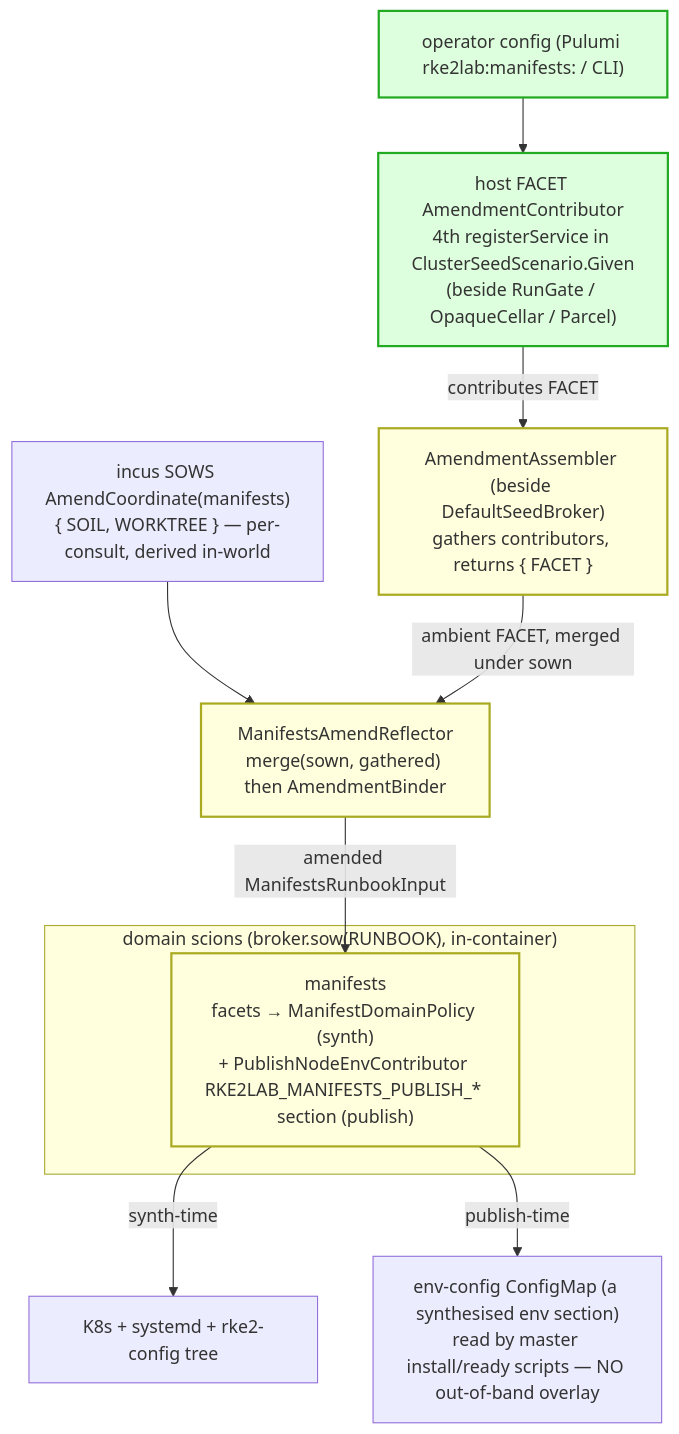
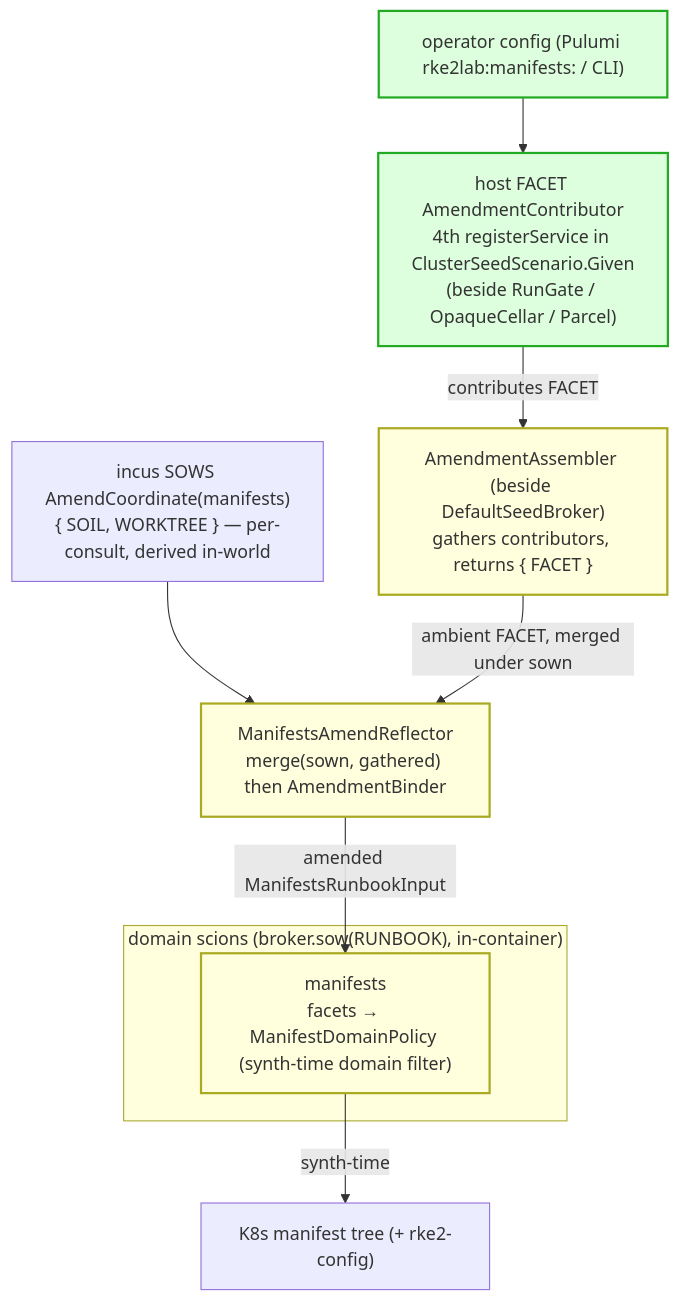
The fifth of 7 diagrams in docs/architecture/atlas/seed.adoc (nxmatic/rke2lab), drawn with Mermaid before and after one commit. The commit also changed other lines of this file and 114 other files, not shown here.

```diff
--- a/docs/architecture/atlas/seed.adoc
+++ b/docs/architecture/atlas/seed.adoc
@@ -510,24 +510,23 @@
 [mermaid]
 ....
 flowchart TB
   cfg["operator config (Pulumi rke2lab:manifests: / CLI)"]
   fc["host FACET AmendmentContributor<br/>4th registerService in ClusterSeedScenario.Given<br/>(beside RunGate / OpaqueCellar / Parcel)"]
   cfg --> fc
   sow["incus SOWS AmendCoordinate(manifests)<br/>{ SOIL, WORKTREE } — per-consult, derived in-world"]
   asm["AmendmentAssembler (beside DefaultSeedBroker)<br/>gathers contributors, returns { FACET }"]
   refl["ManifestsAmendReflector<br/>merge(sown, gathered) then AmendmentBinder"]
   fc -->|contributes FACET| asm
   sow --> refl
   asm -->|ambient FACET, merged under sown| refl
   refl -->|amended ManifestsRunbookInput| M
   subgraph scions["domain scions (broker.sow(RUNBOOK), in-container)"]
-    M["manifests<br/>facets → ManifestDomainPolicy (synth)<br/>+ PublishNodeEnvContributor RKE2LAB_MANIFESTS_PUBLISH_* section (publish)"]
+    M["manifests<br/>facets → ManifestDomainPolicy (synth-time domain filter)"]
   end
-  M -->|synth-time| tree["K8s + systemd + rke2-config tree"]
-  M -->|publish-time| ov["env-config ConfigMap (a synthesised env section)<br/>read by master install/ready scripts — NO out-of-band overlay"]
+  M -->|synth-time| tree["K8s manifest tree (+ rke2-config)"]
 
   classDef src fill:#dfd,stroke:#2a2,stroke-width:2px;
   classDef new fill:#ffd,stroke:#aa2,stroke-width:2px;
   class cfg,fc src;
   class asm,refl,M new;
 ....
```
